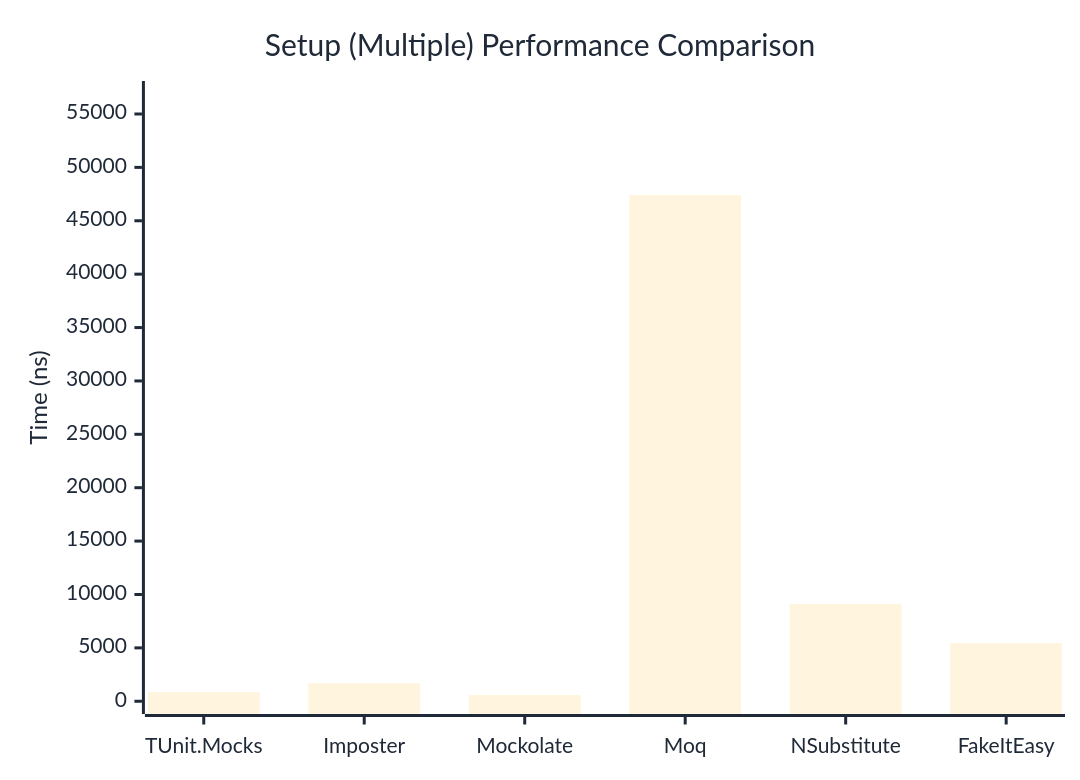
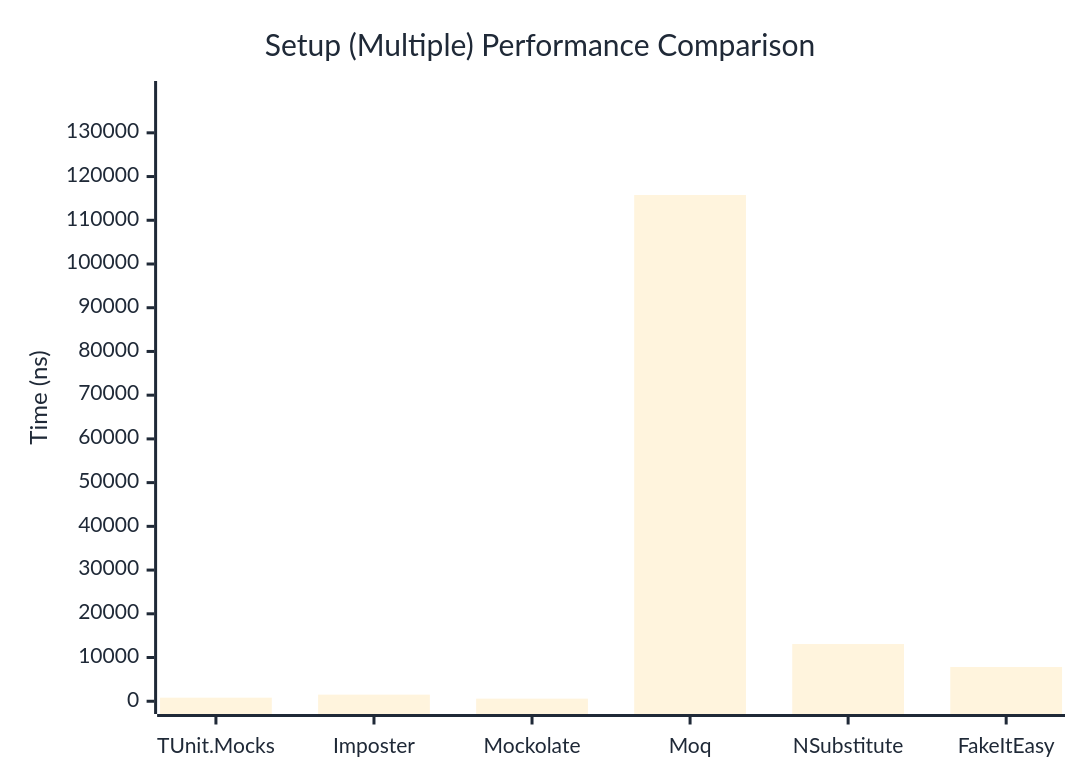
Before and after one commit to thomhurst/TUnit: the second of 2 diagrams in docs/docs/benchmarks/mocks/Setup.md, drawn with Mermaid. The commit also changed other lines of this file and 14 other files, not shown here.

````diff
--- a/docs/docs/benchmarks/mocks/Setup.md
+++ b/docs/docs/benchmarks/mocks/Setup.md
@@ -71,27 +71,27 @@
 ```mermaid
 %%{init: {
   'theme':'base',
   'themeVariables': {
     'primaryColor': '#2563eb',
     'primaryTextColor': '#1f2937',
     'primaryBorderColor': '#1e40af',
     'lineColor': '#6b7280',
     'secondaryColor': '#7c3aed',
     'tertiaryColor': '#dc2626',
     'background': '#ffffff',
     'pie1': '#2563eb',
     'pie2': '#7c3aed',
     'pie3': '#dc2626',
     'pie4': '#f59e0b',
     'pie5': '#10b981',
     'pie6': '#06b6d4',
     'pie7': '#ec4899',
     'pie8': '#6366f1'
   }
 }}%%
 xychart-beta
   title "Setup (Multiple) Performance Comparison"
   x-axis ["TUnit.Mocks", "Imposter", "Mockolate", "Moq", "NSubstitute", "FakeItEasy"]
-  y-axis "Time (ns)" 0 --> 56896
-  bar [857.2, 1690.5, 580.7, 47412.7, 9127.2, 5449.2]
+  y-axis "Time (ns)" 0 --> 138936
+  bar [814.9, 1510, 596.3, 115779.6, 13083.7, 7838.3]
 ```
````
